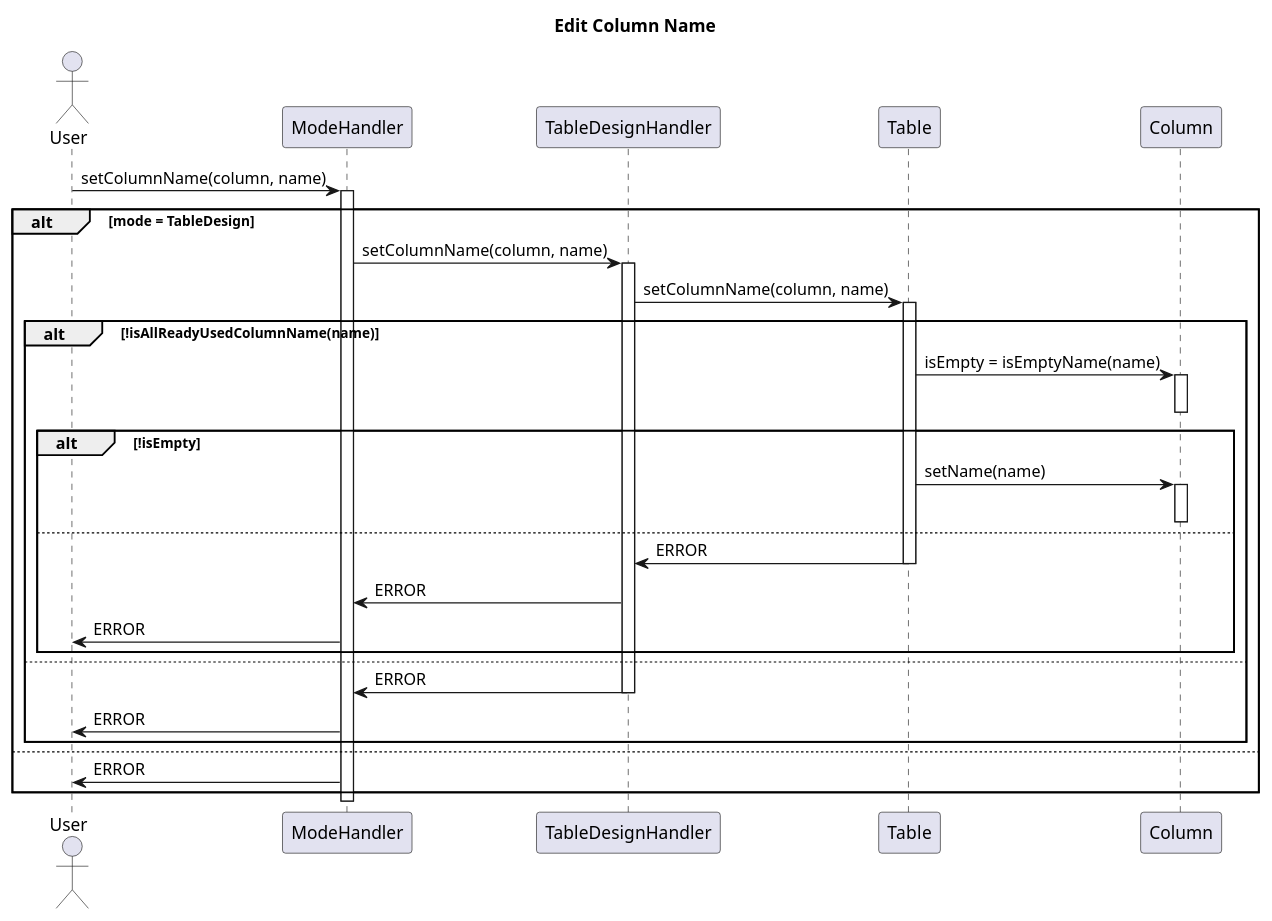
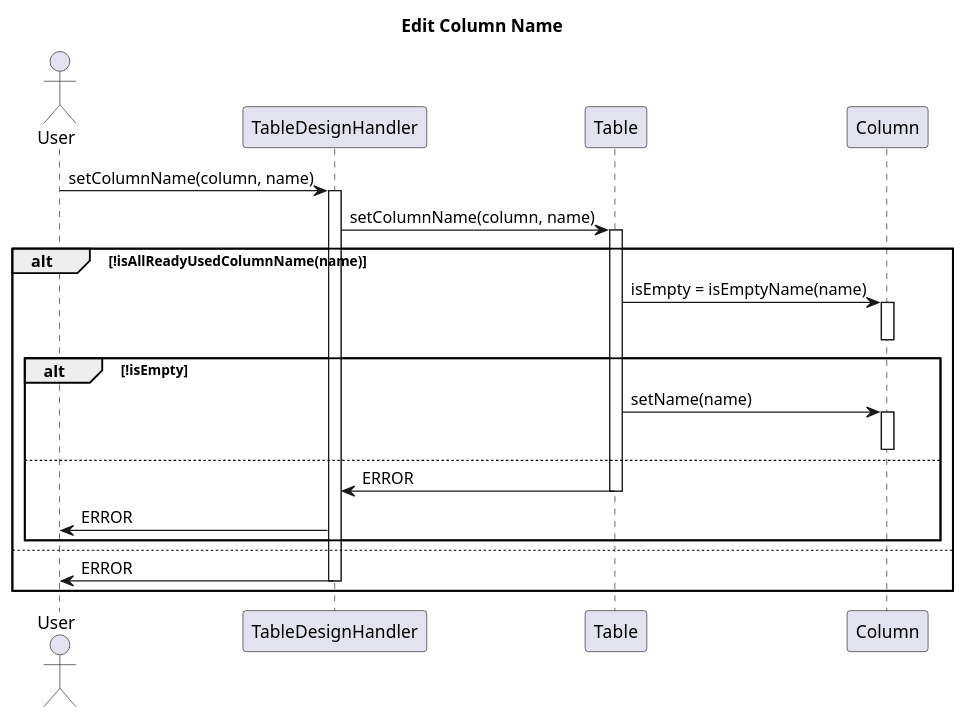
Before and after one commit to Bhamoss/softwareOntwerpProject: the diagram in diagrams/interactionDiagrams/editColumnName.puml, drawn with PlantUML. The commit also changed 12 other files, not shown here.

Commit message:
interactie diagrammen aangepasdt

```diff
--- a/diagrams/interactionDiagrams/editColumnName.puml
+++ b/diagrams/interactionDiagrams/editColumnName.puml
@@ -1,40 +1,30 @@
 @startuml
 title Edit Column Name
 Actor User
 
-User -> ModeHandler: setColumnName(column, name)
-activate ModeHandler
-alt mode = TableDesign
-    ModeHandler -> TableDesignHandler: setColumnName(column, name)
-    activate TableDesignHandler
-    TableDesignHandler -> Table: setColumnName(column, name)
-    activate Table
-    alt !isAllReadyUsedColumnName(name)
-        Table -> Column: isEmpty = isEmptyName(name)
+
+User -> TableDesignHandler: setColumnName(column, name)
+activate TableDesignHandler
+TableDesignHandler -> Table: setColumnName(column, name)
+activate Table
+alt !isAllReadyUsedColumnName(name)
+    Table -> Column: isEmpty = isEmptyName(name)
+    activate Column
+    deactivate Column
+    alt !isEmpty
+        Table -> Column: setName(name)
         activate Column
         deactivate Column
-        alt !isEmpty
-            Table -> Column: setName(name)
-            activate Column
-            deactivate Column
-        else
-            Table -> TableDesignHandler: ERROR
-            deactivate Table
-            TableDesignHandler -> ModeHandler: ERROR
-            ModeHandler -> User: ERROR
-        end
     else
-    TableDesignHandler -> ModeHandler: ERROR
-    deactivate TableDesignHandler
-    ModeHandler -> User: ERROR
+        Table -> TableDesignHandler: ERROR
+        deactivate Table
+        TableDesignHandler -> User: ERROR
     end
 else
-    ModeHandler -> User: ERROR
-
+TableDesignHandler -> User: ERROR
+deactivate TableDesignHandler
 end
 
 
-deactivate ModeHandler
-
 
 @enduml
```
